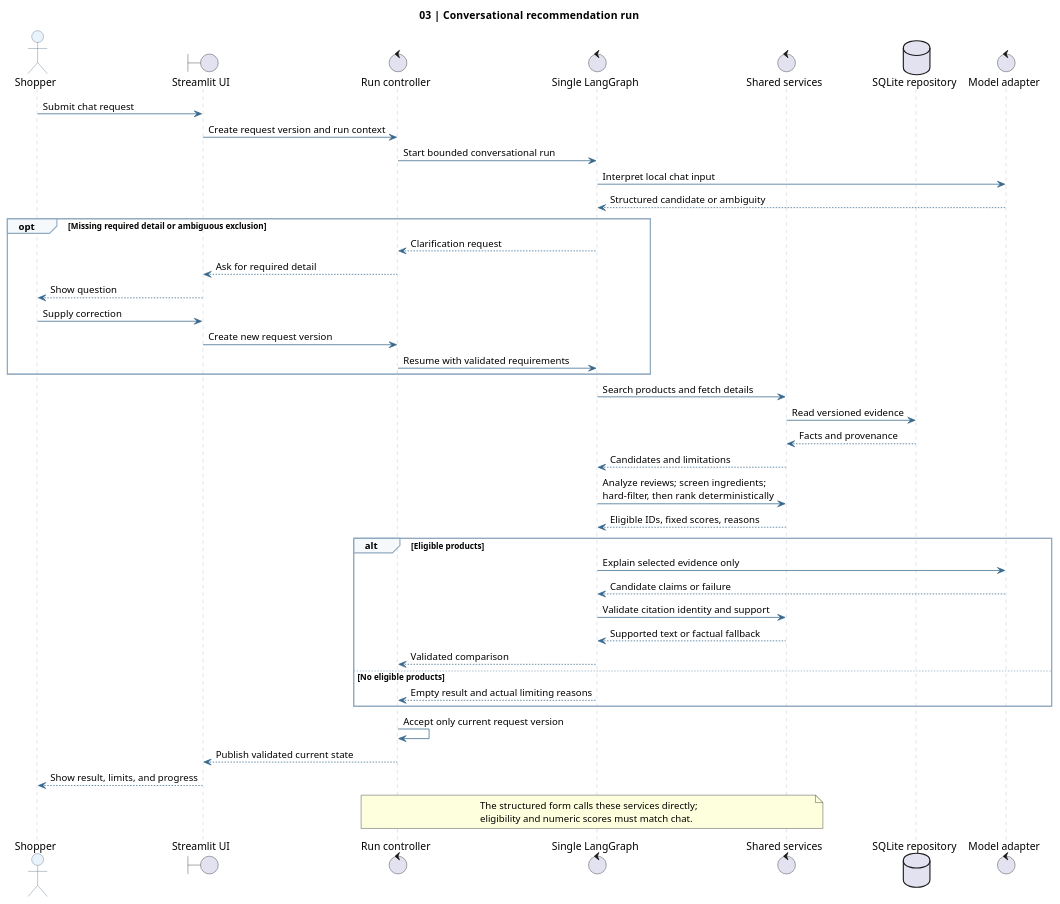
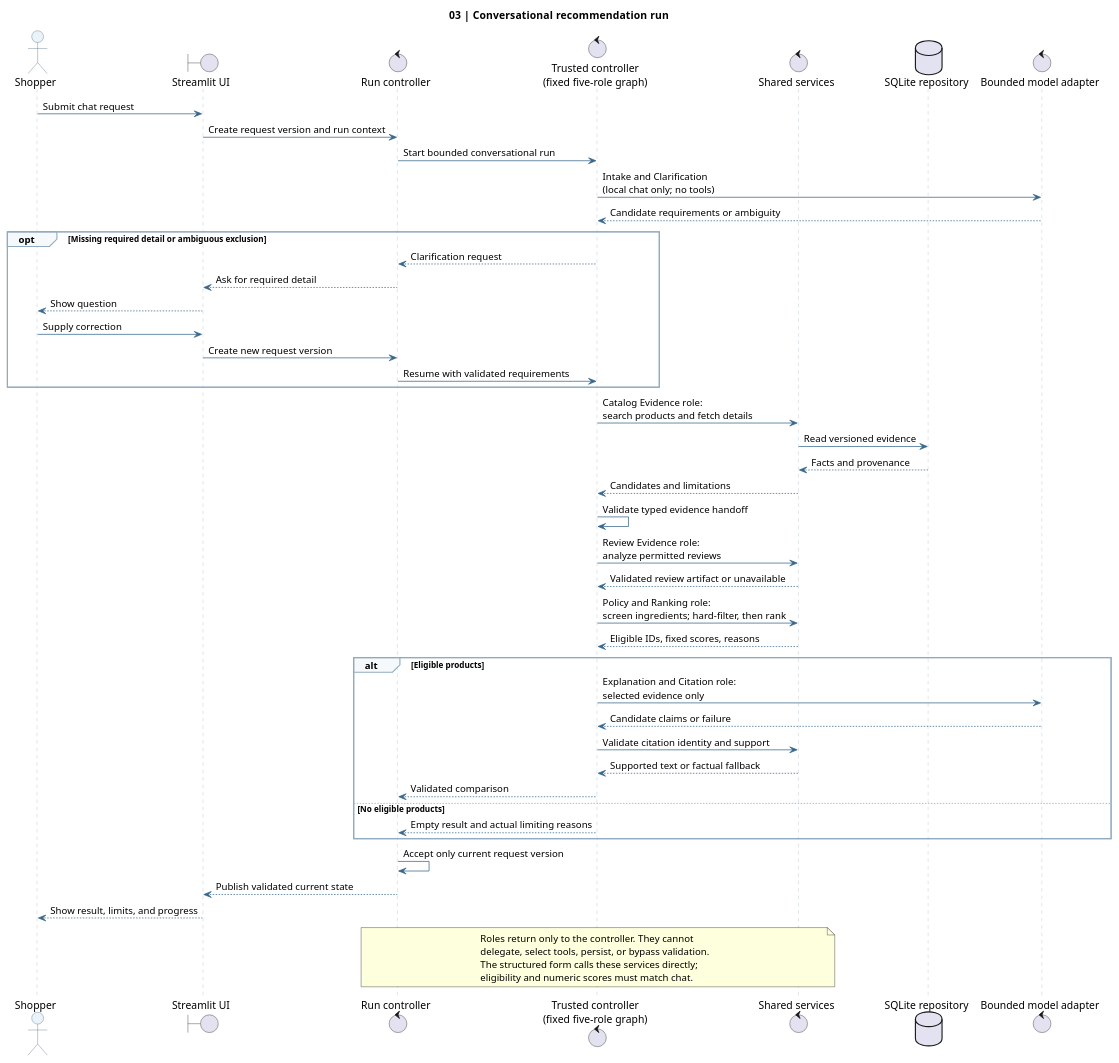
The diagram in docs/architecture/recommendation-run.puml (shuklasaket/cosmetics-product-advisor), drawn with PlantUML before and after one commit. The commit also changed 24 other files, not shown here.

First line of the commit message:
docs(repo): define bounded five-role architecture (#43)

```diff
--- a/docs/architecture/recommendation-run.puml
+++ b/docs/architecture/recommendation-run.puml
@@ -1,67 +1,72 @@
 @startuml
 title 03  |  Conversational recommendation run
 
 skinparam backgroundColor #FFFFFF
 skinparam defaultFontName Arial
 skinparam sequence {
   ArrowColor #37678C
   LifeLineBorderColor #A9BAC8
   ParticipantBorderColor #476782
   ParticipantBackgroundColor #EAF3FA
   ActorBorderColor #476782
   ActorBackgroundColor #EAF3FA
   GroupBorderColor #91AAC0
   GroupBackgroundColor #F5F9FC
   NoteBorderColor #D7B766
   NoteBackgroundColor #FFF8E7
 }
 
 actor Shopper
 boundary "Streamlit UI" as UI
 control "Run controller" as Controller
-control "Single LangGraph" as Graph
+control "Trusted controller\n(fixed five-role graph)" as Graph
 control "Shared services" as Services
 database "SQLite repository" as Store
-control "Model adapter" as Model
+control "Bounded model adapter" as Model
 
 Shopper -> UI: Submit chat request
 UI -> Controller: Create request version and run context
 Controller -> Graph: Start bounded conversational run
-Graph -> Model: Interpret local chat input
-Model --> Graph: Structured candidate or ambiguity
+Graph -> Model: Intake and Clarification\n(local chat only; no tools)
+Model --> Graph: Candidate requirements or ambiguity
 
 opt Missing required detail or ambiguous exclusion
   Graph --> Controller: Clarification request
   Controller --> UI: Ask for required detail
   UI --> Shopper: Show question
   Shopper -> UI: Supply correction
   UI -> Controller: Create new request version
   Controller -> Graph: Resume with validated requirements
 end
 
-Graph -> Services: Search products and fetch details
+Graph -> Services: Catalog Evidence role:\nsearch products and fetch details
 Services -> Store: Read versioned evidence
 Store --> Services: Facts and provenance
 Services --> Graph: Candidates and limitations
-Graph -> Services: Analyze reviews; screen ingredients;\nhard-filter, then rank deterministically
+Graph -> Graph: Validate typed evidence handoff
+Graph -> Services: Review Evidence role:\nanalyze permitted reviews
+Services --> Graph: Validated review artifact or unavailable
+Graph -> Services: Policy and Ranking role:\nscreen ingredients; hard-filter, then rank
 Services --> Graph: Eligible IDs, fixed scores, reasons
 
 alt Eligible products
-  Graph -> Model: Explain selected evidence only
+  Graph -> Model: Explanation and Citation role:\nselected evidence only
   Model --> Graph: Candidate claims or failure
   Graph -> Services: Validate citation identity and support
   Services --> Graph: Supported text or factual fallback
   Graph --> Controller: Validated comparison
 else No eligible products
   Graph --> Controller: Empty result and actual limiting reasons
 end
 
 Controller -> Controller: Accept only current request version
 Controller --> UI: Publish validated current state
 UI --> Shopper: Show result, limits, and progress
 
 note over Controller, Services
+  Roles return only to the controller. They cannot
+  delegate, select tools, persist, or bypass validation.
   The structured form calls these services directly;
   eligibility and numeric scores must match chat.
 end note
 @enduml
```
